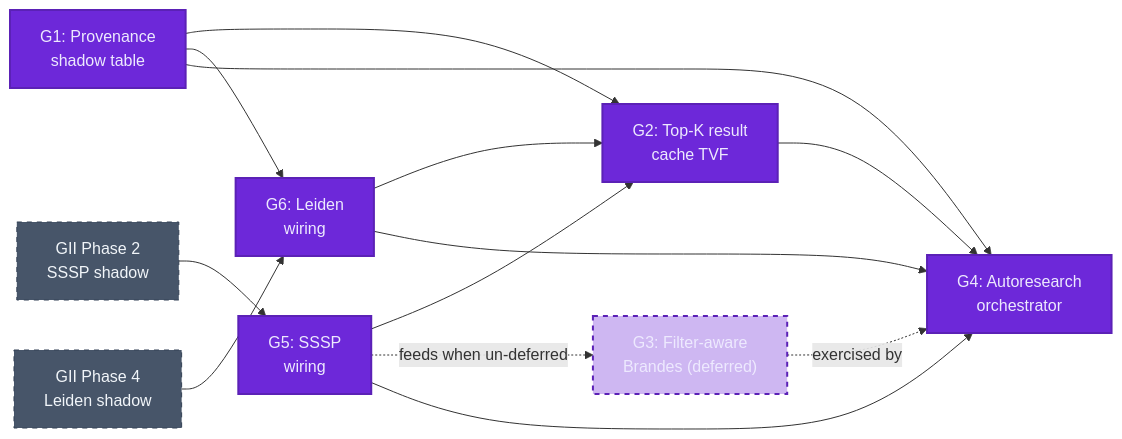
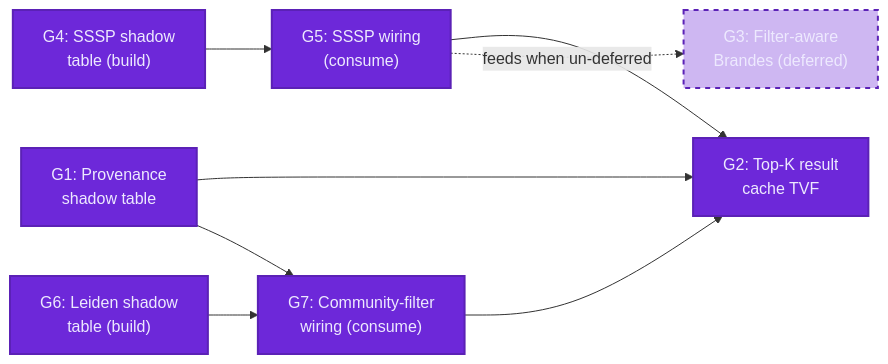
The fifth of 5 diagrams in docs/plans/adv-centrality-filtering.md (neozenith/sqlite-muninn), drawn with Mermaid before and after one commit. The commit also changed other lines of this file, not shown here.

````diff
--- a/docs/plans/adv-centrality-filtering.md
+++ b/docs/plans/adv-centrality-filtering.md
@@ -307,21 +496,14 @@
 ```mermaid
 flowchart LR
-    GII2["GII Phase 2<br/>SSSP shadow"] --> G5["G5: SSSP<br/>wiring"]
-    GII4["GII Phase 4<br/>Leiden shadow"] --> G6["G6: Leiden<br/>wiring"]
     G1["G1: Provenance<br/>shadow table"] --> G2["G2: Top-K result<br/>cache TVF"]
-    G1 --> G6
+    G4["G4: SSSP shadow<br/>table (build)"] --> G5["G5: SSSP wiring<br/>(consume)"]
+    G6["G6: Leiden shadow<br/>table (build)"] --> G7["G7: Community-filter<br/>wiring (consume)"]
+    G1 --> G7
     G5 --> G2
-    G6 --> G2
-    G5 -.feeds when un-deferred.-> G3
-    G1 --> G4["G4: Autoresearch<br/>orchestrator"]
-    G2 --> G4
-    G5 --> G4
-    G6 --> G4
-    G3["G3: Filter-aware<br/>Brandes (deferred)"] -.exercised by.-> G4
+    G7 --> G2
+    G5 -.feeds when un-deferred.-> G3["G3: Filter-aware<br/>Brandes (deferred)"]
     classDef gap fill:#6d28d9,stroke:#5b21b6,color:#ede9fe,stroke-width:2px
     classDef deferred fill:#6d28d955,stroke:#5b21b6,color:#ede9fe,stroke-width:2px,stroke-dasharray:5 5
-    classDef external fill:#475569,stroke:#334155,color:#f1f5f9,stroke-width:1px,stroke-dasharray:5 5
-    class G1,G2,G4,G5,G6 gap
+    class G1,G2,G4,G5,G6,G7 gap
     class G3 deferred
-    class GII2,GII4 external
 ```
````
